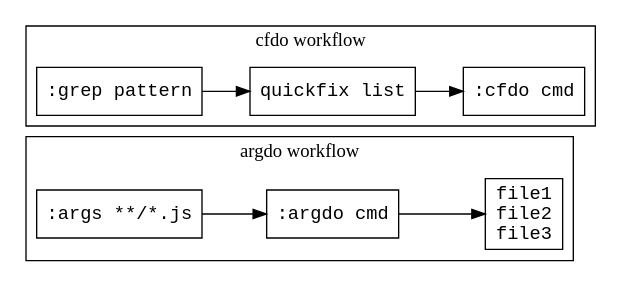
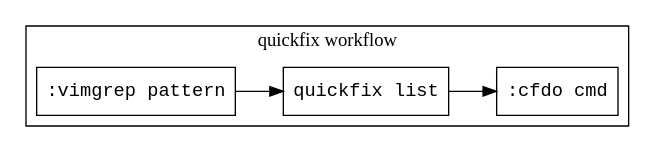
One commit to Piotr1215/youtube changed the diagram in argdo-cookbook/diagrams/workflow.dot. Above: the diagram before and after it, drawn with Graphviz. The commit also changed 3 other files, not shown here.

```diff
--- a/argdo-cookbook/diagrams/workflow.dot
+++ b/argdo-cookbook/diagrams/workflow.dot
@@ -1,20 +1,12 @@
 digraph G {
     rankdir=LR;
     node [shape=box, fontname="monospace"];
 
-    subgraph cluster_argdo {
-        label="argdo workflow";
-        args [label=":args **/*.js"];
-        argdo [label=":argdo cmd"];
-        files [label="file1\nfile2\nfile3"];
-        args -> argdo -> files;
-    }
-
     subgraph cluster_cfdo {
-        label="cfdo workflow";
-        grep [label=":grep pattern"];
+        label="quickfix workflow";
+        grep [label=":vimgrep pattern"];
         qf [label="quickfix list"];
         cfdo [label=":cfdo cmd"];
         grep -> qf -> cfdo;
     }
 }
```
